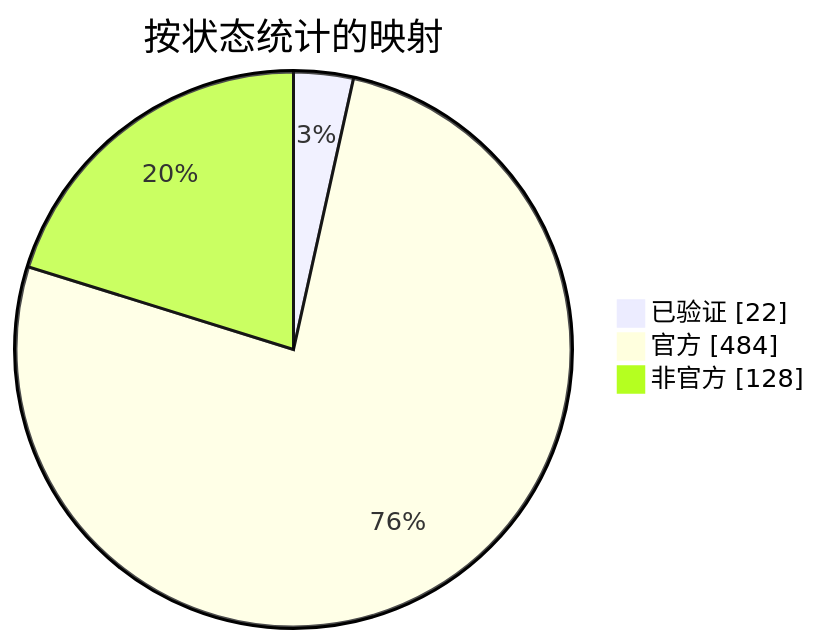
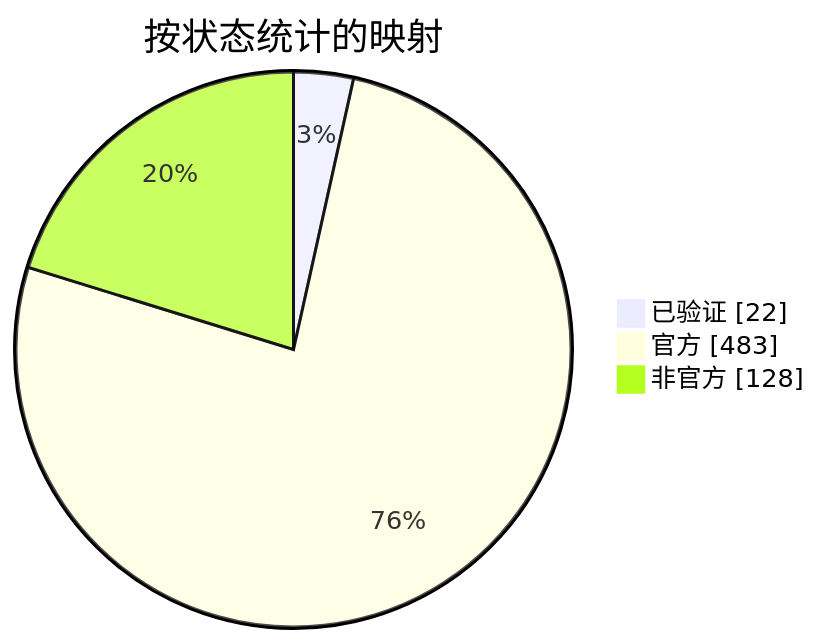
One commit to nobrega8/mbmap-library changed the diagram in docs/readme/README_ZHS.md. Above: the diagram before and after it, drawn with Mermaid. The commit also changed 7 other files, not shown here.

````diff
--- a/docs/readme/README_ZHS.md
+++ b/docs/readme/README_ZHS.md
@@ -54,7 +54,7 @@
 ```mermaid
 pie showData
     title 按状态统计的映射
     "已验证" : 22
-    "官方" : 484
+    "官方" : 483
     "非官方" : 128
 ```
````
